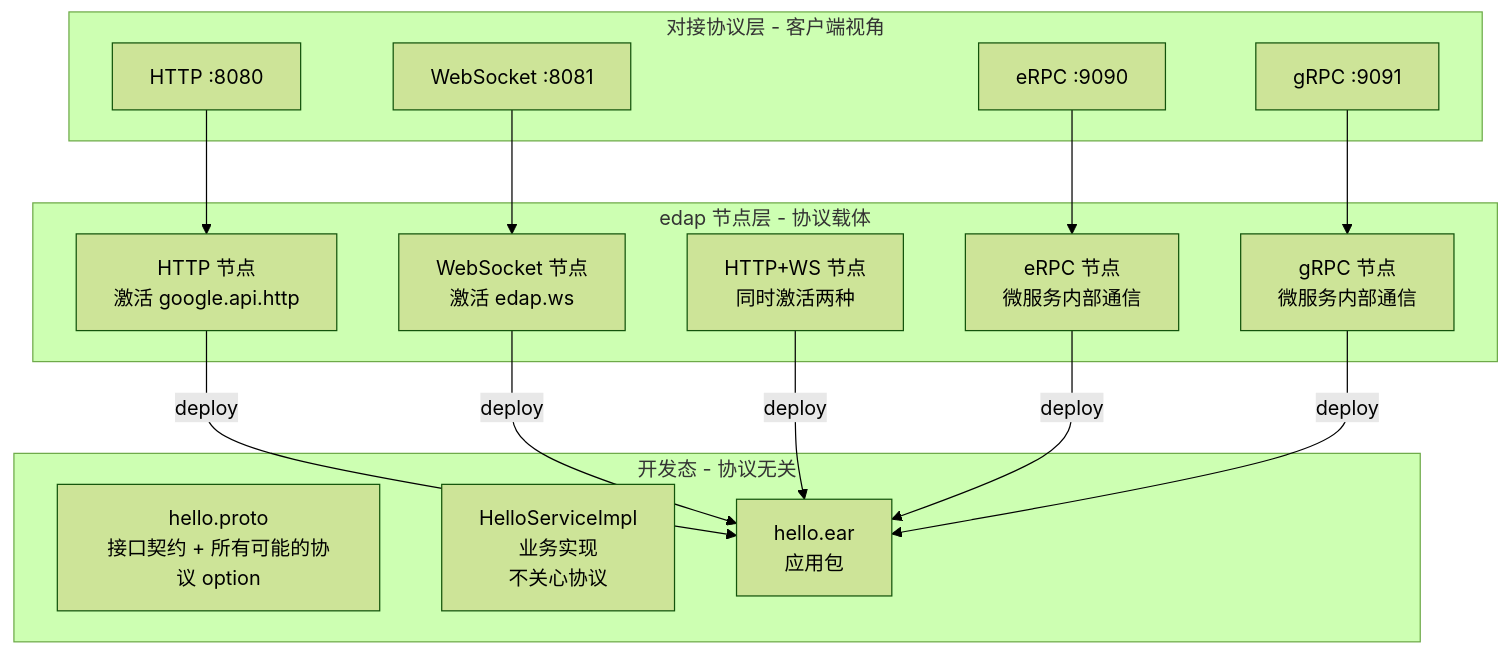
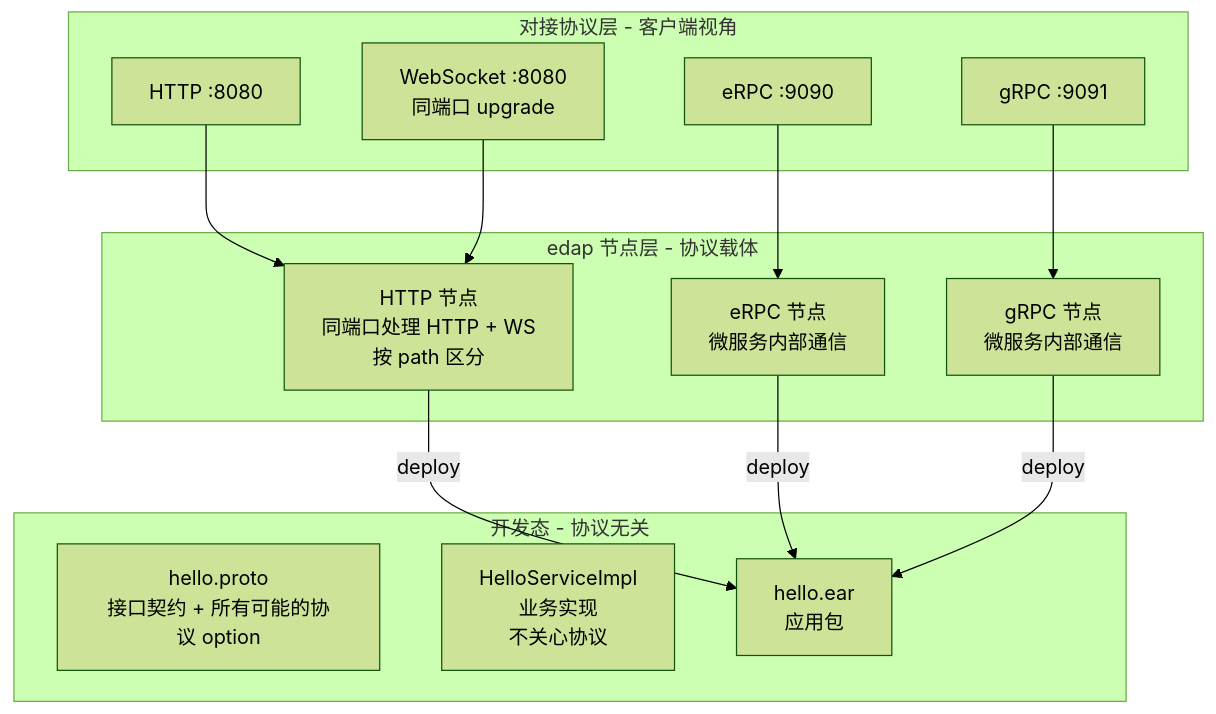
One commit to edap-io/edap changed the first of 42 diagrams in README.md. Above: the diagram before and after it, drawn with Mermaid (forest theme). The commit also changed other lines of this file, not shown here.

````diff
--- a/README.md
+++ b/README.md
@@ -59,34 +59,30 @@
 ```mermaid
 graph TB
     subgraph ClientLayer [对接协议层 - 客户端视角]
         HTTP[HTTP :8080]
-        WS[WebSocket :8081]
+        WS[WebSocket :8080<br/>同端口 upgrade]
         ERPC[eRPC :9090]
         GRPC[gRPC :9091]
     end
 
     subgraph Nodes [edap 节点层 - 协议载体]
-        HTTPN[HTTP 节点<br/>激活 google.api.http]
-        WSN[WebSocket 节点<br/>激活 edap.ws]
-        CombinedN[HTTP+WS 节点<br/>同时激活两种]
+        HTTPN[HTTP 节点<br/>同端口处理 HTTP + WS<br/>按 path 区分]
         ERPCN[eRPC 节点<br/>微服务内部通信]
         GRPCN[gRPC 节点<br/>微服务内部通信]
     end
 
     subgraph Dev [开发态 - 协议无关]
         Proto[hello.proto<br/>接口契约 + 所有可能的协议 option]
         Impl[HelloServiceImpl<br/>业务实现<br/>不关心协议]
         Ear[hello.ear<br/>应用包]
     end
 
     HTTP --> HTTPN
-    WS --> WSN
+    WS --> HTTPN
     ERPC --> ERPCN
     GRPC --> GRPCN
 
     HTTPN -->|deploy| Ear
-    WSN -->|deploy| Ear
-    CombinedN -->|deploy| Ear
     ERPCN -->|deploy| Ear
     GRPCN -->|deploy| Ear
 ```
````
